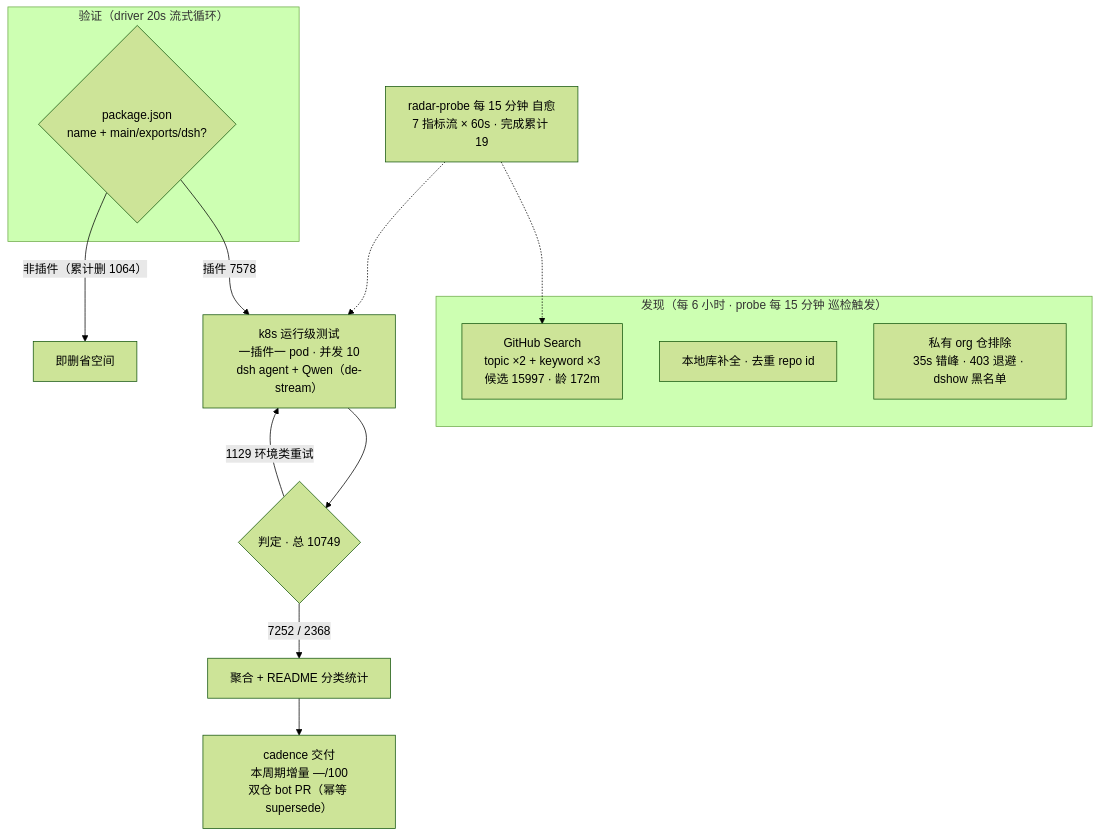
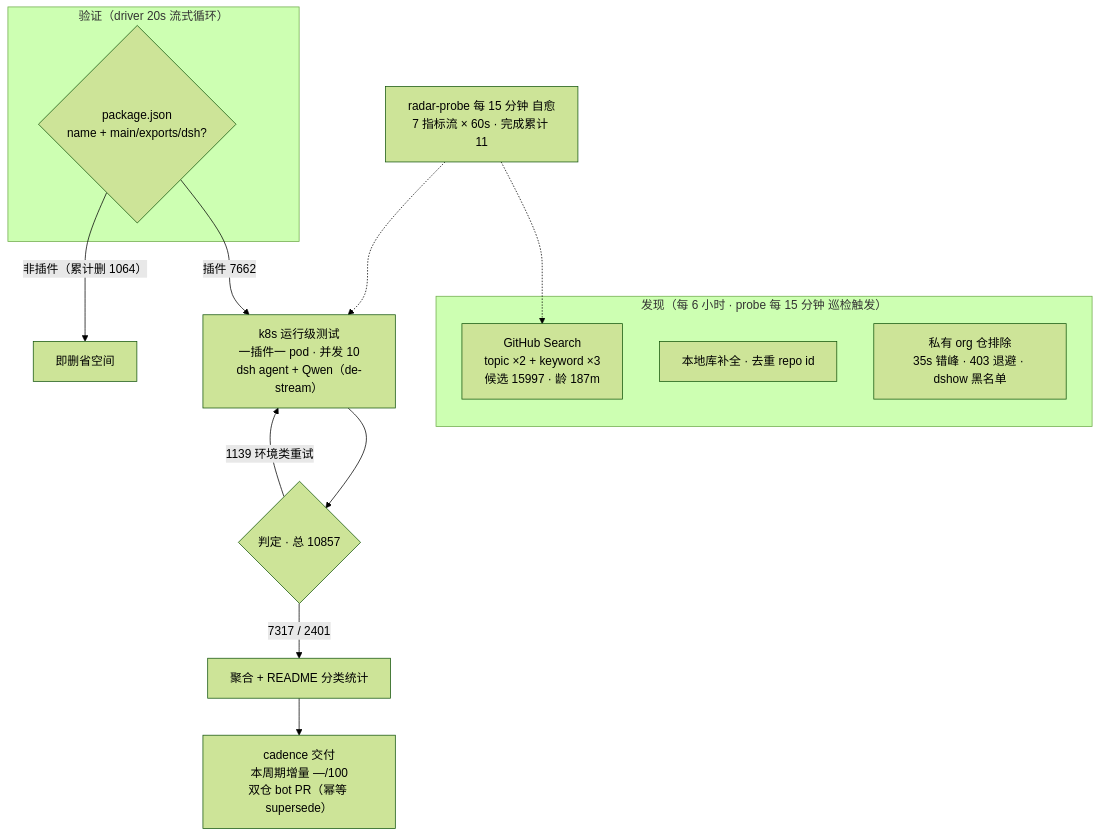
One commit to Zhidao-Lab-OSS/awesome-dsh-plugins changed the diagram in README.md. Above: the diagram before and after it, drawn with Mermaid (forest theme). The commit also changed other lines of this file and 1 other file, not shown here.

````diff
--- a/README.md
+++ b/README.md
@@ -37,20 +37,20 @@
 ```mermaid
 flowchart TB
     subgraph Discovery["发现（每 6 小时 · probe 每 15 分钟 巡检触发）"]
-        A1["GitHub Search<br/>topic ×2 + keyword ×3<br/>候选 15997 · 龄 172m"]
+        A1["GitHub Search<br/>topic ×2 + keyword ×3<br/>候选 15997 · 龄 187m"]
         A2["本地库补全 · 去重 repo id"]
         A3["私有 org 仓排除<br/>35s 错峰 · 403 退避 · dshow 黑名单"]
     end
     subgraph Validation["验证（driver 20s 流式循环）"]
         B1{"package.json<br/>name + main/exports/dsh?"}
     end
-    B1 -->|"插件 7578"| C1["k8s 运行级测试<br/>一插件一 pod · 并发 10<br/>dsh agent + Qwen（de-stream）"]
+    B1 -->|"插件 7662"| C1["k8s 运行级测试<br/>一插件一 pod · 并发 10<br/>dsh agent + Qwen（de-stream）"]
     B1 -->|"非插件（累计删 1064）"| B3["即删省空间"]
-    C1 --> D1{"判定 · 总 10749"}
-    D1 -->|"7252 / 2368"| E1["聚合 + README 分类统计"]
-    D1 -->|"1129 环境类重试"| C1
+    C1 --> D1{"判定 · 总 10857"}
+    D1 -->|"7317 / 2401"| E1["聚合 + README 分类统计"]
+    D1 -->|"1139 环境类重试"| C1
     E1 --> E2["cadence 交付<br/>本周期增量 —/100<br/>双仓 bot PR（幂等 supersede）"]
-    M["radar-probe 每 15 分钟 自愈<br/>7 指标流 × 60s · 完成累计 19"]
+    M["radar-probe 每 15 分钟 自愈<br/>7 指标流 × 60s · 完成累计 11"]
     M -.-> A1
     M -.-> C1
 ```
````
